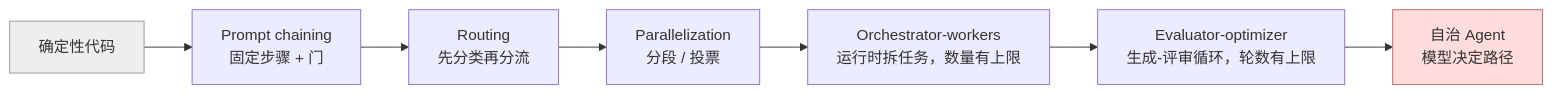
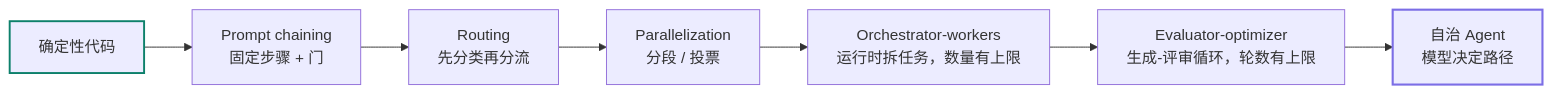
Before and after one commit to lance2016/ai-app-engineering: the first of 2 diagrams in lessons/workflow-vs-agent/README.md, drawn with Mermaid. The commit also changed other lines of this file and 21 other files, not shown here.

````diff
--- a/lessons/workflow-vs-agent/README.md
+++ b/lessons/workflow-vs-agent/README.md
@@ -30,11 +30,13 @@
 ```mermaid
 flowchart LR
+    classDef model stroke:#7c6ee6,stroke-width:2.2px
+    classDef runtime stroke:#0d806b,stroke-width:2px
     A[确定性代码] --> B[Prompt chaining<br/>固定步骤 + 门]
     B --> C[Routing<br/>先分类再分流]
     C --> D[Parallelization<br/>分段 / 投票]
     D --> E[Orchestrator-workers<br/>运行时拆任务，数量有上限]
     E --> F[Evaluator-optimizer<br/>生成-评审循环，轮数有上限]
     F --> G[自治 Agent<br/>模型决定路径]
-    style A fill:#eee,stroke:#999
-    style G fill:#fdd,stroke:#c66
+    class A runtime
+    class G model
 ```
````
